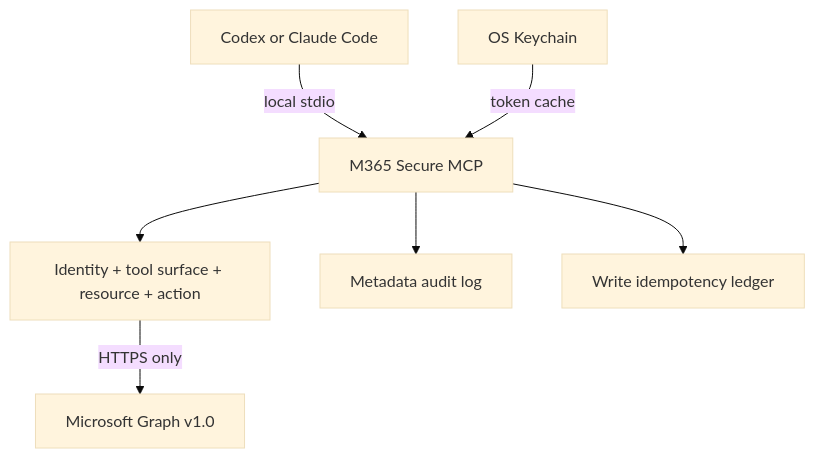
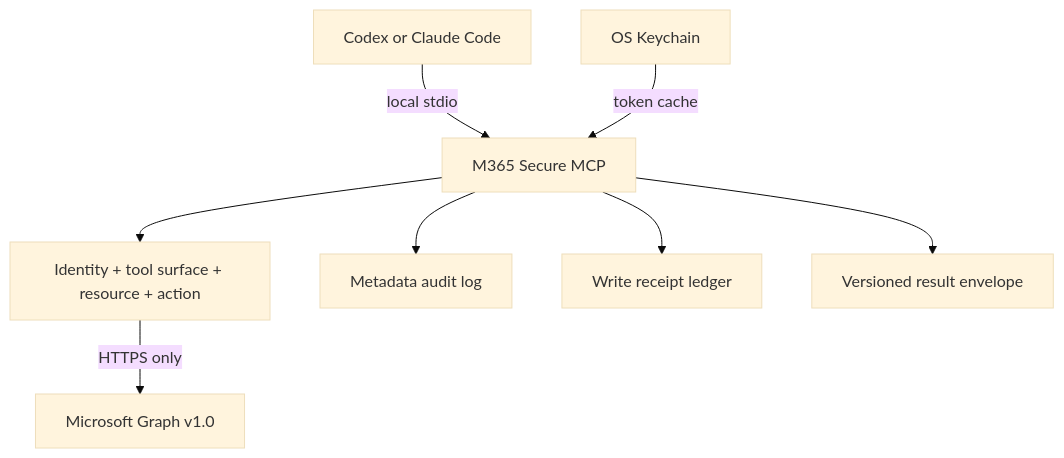
The diagram in README.md (bugroo/m365-secure-mcp), drawn with Mermaid (base theme) before and after one commit. The commit also changed other lines of this file and 23 other files, not shown here.

````diff
--- a/README.md
+++ b/README.md
@@ -29,9 +30,10 @@
 ```mermaid
 flowchart TB
     A["Codex or Claude Code"] -->|"local stdio"| B["M365 Secure MCP"]
     H["OS Keychain"] -->|"token cache"| B
     B --> C["Identity + tool surface + resource + action"]
     C -->|"HTTPS only"| G["Microsoft Graph v1.0"]
     B --> I["Metadata audit log"]
-    B --> J["Write idempotency ledger"]
+    B --> J["Write receipt ledger"]
+    B --> K["Versioned result envelope"]
 ```
````
